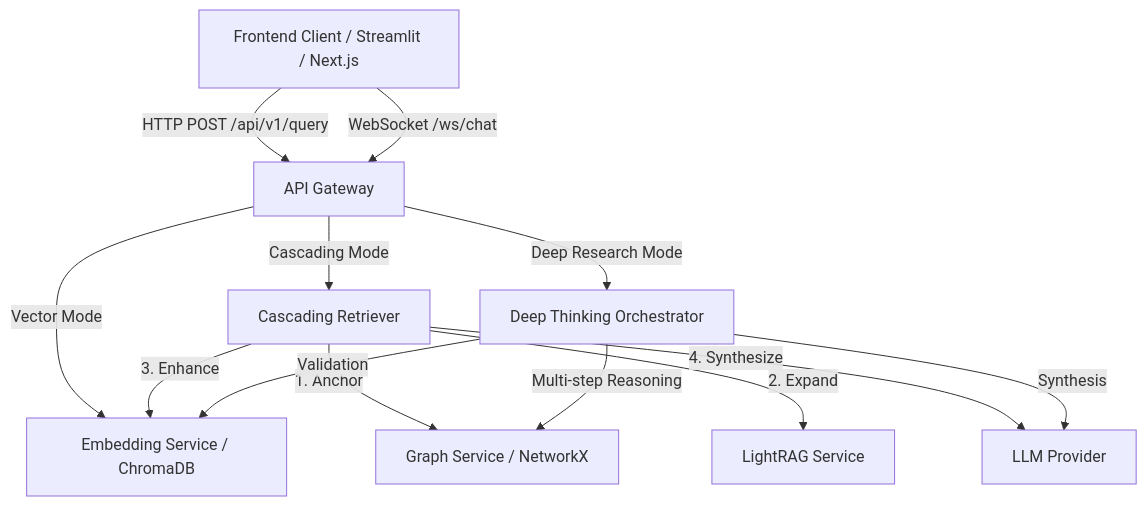
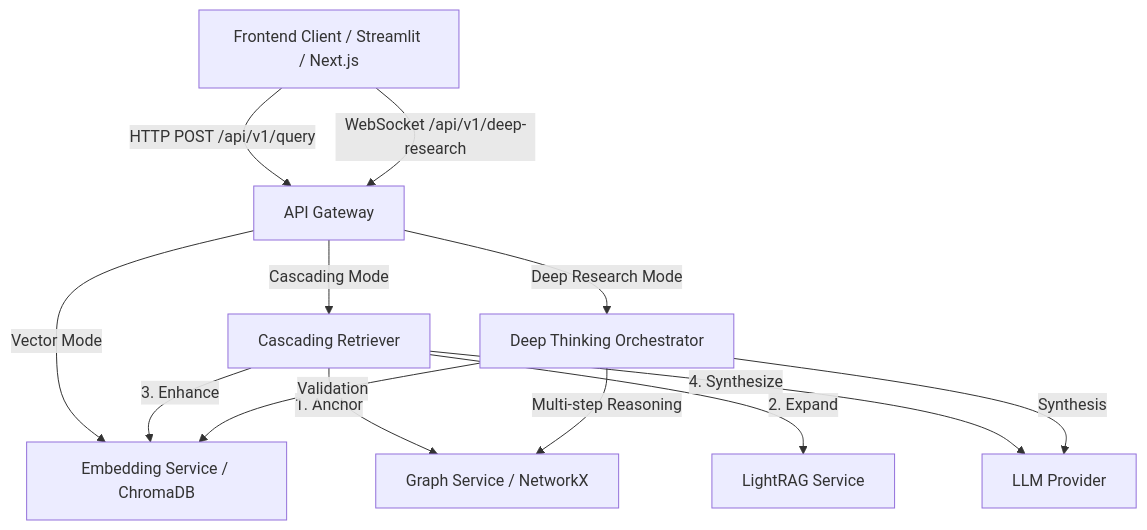
The first of 2 diagrams in Documentation/SEARCH_ARCHITECTURE.md (powskierman/obsidian_rag), drawn with Mermaid before and after one commit. The commit also changed other lines of this file and 12 other files, not shown here.

````diff
--- a/Documentation/SEARCH_ARCHITECTURE.md
+++ b/Documentation/SEARCH_ARCHITECTURE.md
@@ -9,18 +9,18 @@
 ```mermaid
 graph TD
     Client[Frontend Client / Streamlit / Next.js] -->|HTTP POST /api/v1/query| Gateway[API Gateway]
-    Client -->|WebSocket /ws/chat| Gateway
+    Client -->|WebSocket /api/v1/deep-research| Gateway
     
     Gateway -->|Vector Mode| Embed[Embedding Service / ChromaDB]
     Gateway -->|Cascading Mode| Cascading[Cascading Retriever]
     Gateway -->|Deep Research Mode| DeepThinking[Deep Thinking Orchestrator]
     
     Cascading -->|1. Anchor| GraphService[Graph Service / NetworkX]
     Cascading -->|2. Expand| LightRAG[LightRAG Service]
     Cascading -->|3. Enhance| Embed
     Cascading -->|4. Synthesize| LLM[LLM Provider]
     
     DeepThinking -->|Multi-step Reasoning| GraphService
     DeepThinking -->|Validation| Embed
     DeepThinking -->|Synthesis| LLM
 ```
````
